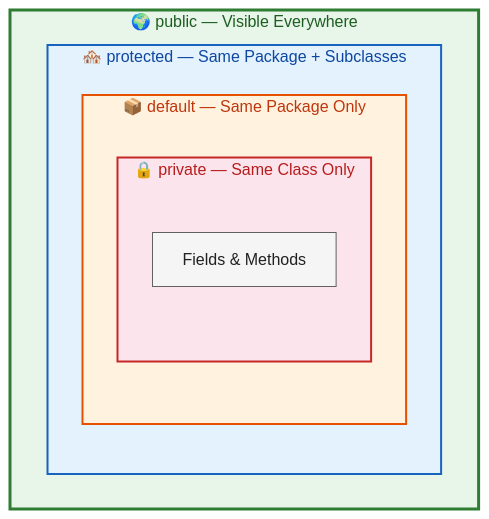
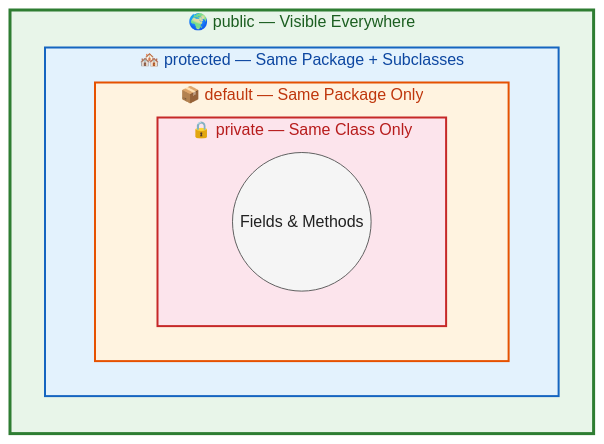
Before and after one commit to saivamsikaruturi/vamsilabs-dev-notes-main: the first of 3 diagrams in docs/java/AccessModifiers.md, drawn with Mermaid. The commit also changed other lines of this file and 146 other files, not shown here.

Commit message:
Horizontal diagrams, UML class diagrams, typography overhaul, and permalink cleanup

````diff
--- a/docs/java/AccessModifiers.md
+++ b/docs/java/AccessModifiers.md
@@ -9,18 +9,18 @@
 ```mermaid
-graph TD
+flowchart LR
     subgraph PUBLIC["🌍 public — Visible Everywhere"]
         subgraph PROTECTED["🏘️ protected — Same Package + Subclasses"]
             subgraph DEFAULT["📦 default — Same Package Only"]
                 subgraph PRIVATE["🔒 private — Same Class Only"]
-                    P["Fields & Methods"]
+                    P(("Fields & Methods"))
                 end
             end
         end
     end
 
     style PUBLIC fill:#E8F5E9,stroke:#2E7D32,stroke-width:3px,color:#1B5E20
     style PROTECTED fill:#E3F2FD,stroke:#1565C0,stroke-width:2px,color:#0D47A1
     style DEFAULT fill:#FFF3E0,stroke:#E65100,stroke-width:2px,color:#BF360C
     style PRIVATE fill:#FCE4EC,stroke:#C62828,stroke-width:2px,color:#B71C1C
     style P fill:#F5F5F5,stroke:#616161,color:#212121
 ```
````
